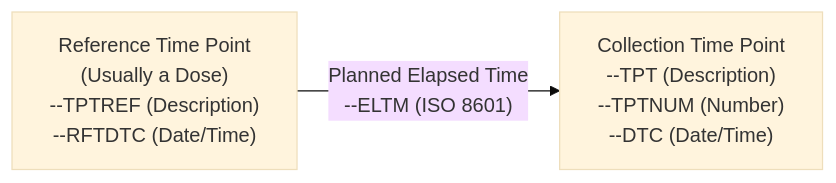
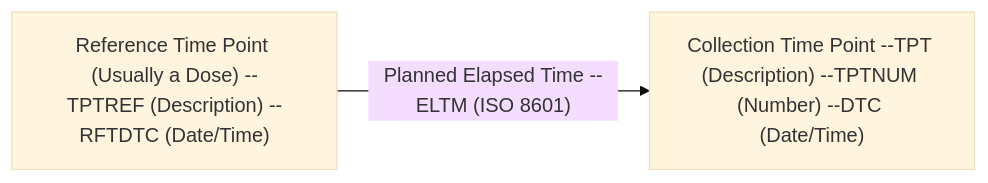
The third of 4 diagrams in knowledge_base/chapters/ch04_general_assumptions.md (hakupao/sdtm-pedia), drawn with Mermaid (base theme) before and after one commit. The commit also changed other lines of this file and 72 other files, not shown here.

````diff
--- a/knowledge_base/chapters/ch04_general_assumptions.md
+++ b/knowledge_base/chapters/ch04_general_assumptions.md
@@ -367,6 +367,6 @@
 ```mermaid
 graph LR
-    REF["Reference Time Point\n(Usually a Dose)\n--TPTREF (Description)\n--RFTDTC (Date/Time)"]
-    CTP["Collection Time Point\n--TPT (Description)\n--TPTNUM (Number)\n--DTC (Date/Time)"]
-    REF -->|"Planned Elapsed Time\n--ELTM (ISO 8601)"| CTP
+    REF["Reference Time Point (Usually a Dose) --TPTREF (Description) --RFTDTC (Date/Time)"]
+    CTP["Collection Time Point --TPT (Description) --TPTNUM (Number) --DTC (Date/Time)"]
+    REF -->|"Planned Elapsed Time --ELTM (ISO 8601)"| CTP
 ```
````
